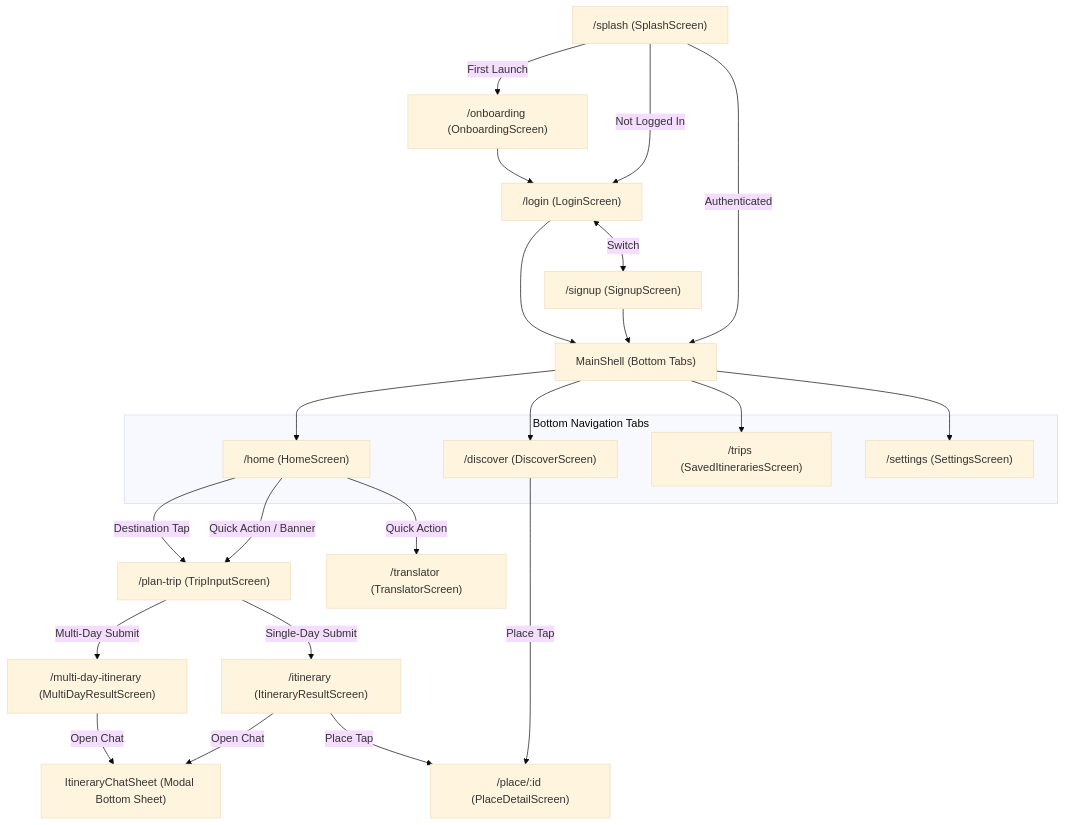
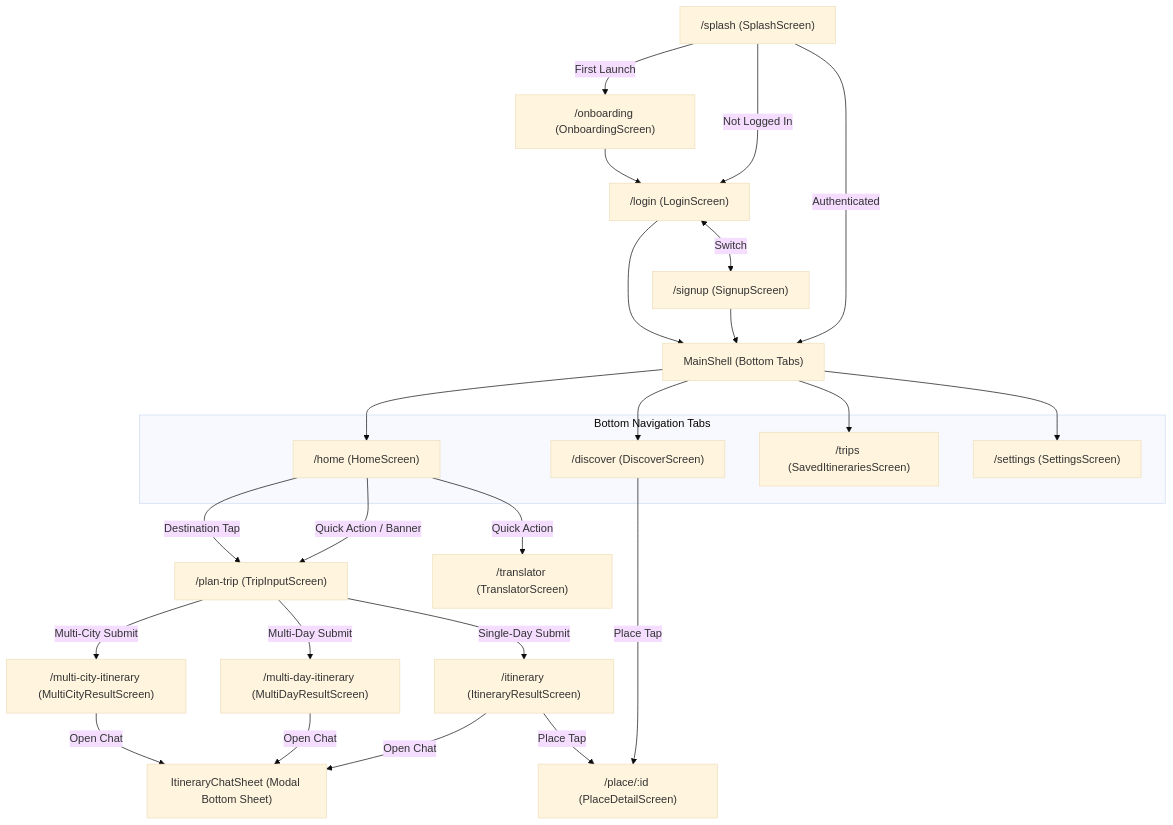
Before and after one commit to YugPatel11/ghumify_app: the first of 2 diagrams in PROJECT_FEATURES.md, drawn with Mermaid (base theme). The commit also changed other lines of this file and 9 other files, not shown here.

Commit message:
feat: complete multi-city trip feature with tests and docs

````diff
--- a/PROJECT_FEATURES.md
+++ b/PROJECT_FEATURES.md
@@ -206,34 +207,36 @@
 ```mermaid
 graph TD
     Splash["/splash (SplashScreen)"] -->|First Launch| Onboarding["/onboarding (OnboardingScreen)"]
     Splash -->|Not Logged In| Login["/login (LoginScreen)"]
     Splash -->|Authenticated| Shell["MainShell (Bottom Tabs)"]
     Onboarding --> Login
     Login <-->|Switch| Signup["/signup (SignupScreen)"]
     Signup --> Shell
     Login --> Shell
 
     subgraph MainShellTabs ["Bottom Navigation Tabs"]
         HomeTab["/home (HomeScreen)"]
         DiscoverTab["/discover (DiscoverScreen)"]
         TripsTab["/trips (SavedItinerariesScreen)"]
         SettingsTab["/settings (SettingsScreen)"]
     end
 
     Shell --> HomeTab
     Shell --> DiscoverTab
     Shell --> TripsTab
     Shell --> SettingsTab
 
     HomeTab -->|Quick Action / Banner| PlanTrip["/plan-trip (TripInputScreen)"]
     HomeTab -->|Quick Action| Translator["/translator (TranslatorScreen)"]
     HomeTab -->|Destination Tap| PlanTrip
     DiscoverTab -->|Place Tap| PlaceDetail["/place/:id (PlaceDetailScreen)"]
 
     PlanTrip -->|Single-Day Submit| ItineraryResult["/itinerary (ItineraryResultScreen)"]
     PlanTrip -->|Multi-Day Submit| MultiDayResult["/multi-day-itinerary (MultiDayResultScreen)"]
+    PlanTrip -->|Multi-City Submit| MultiCityResult["/multi-city-itinerary (MultiCityResultScreen)"]
 
     ItineraryResult -->|Open Chat| ChatModal["ItineraryChatSheet (Modal Bottom Sheet)"]
     MultiDayResult -->|Open Chat| ChatModal
+    MultiCityResult -->|Open Chat| ChatModal
     ItineraryResult -->|Place Tap| PlaceDetail
 ```
````
